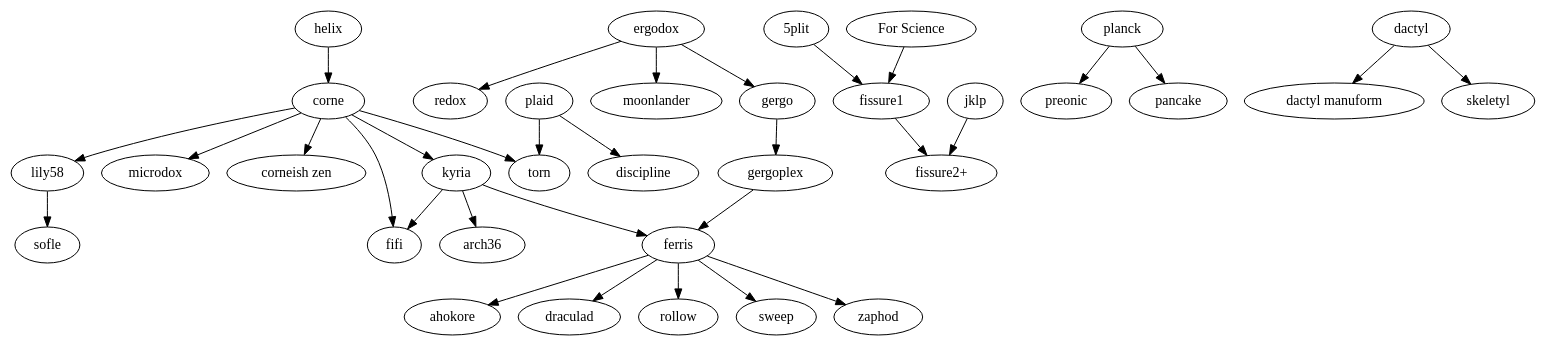
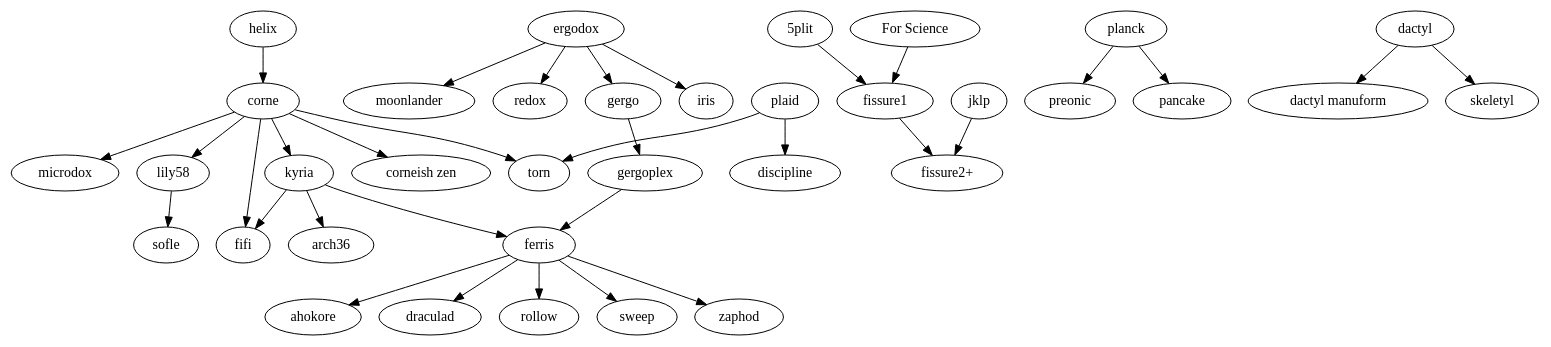
Before and after one commit to petejohanson/mk-family-tree: the diagram in tree.gv, drawn with Graphviz.

Commit message:
Add Iris.

```diff
--- a/tree.gv
+++ b/tree.gv
@@ -1,62 +1,63 @@
 digraph T {
   subgraph splits {
     helix -> corne;
 
     corne -> {
       "corneish zen",
       fifi,
       kyria,
       lily58,
       microdox,
       torn
     };
 
     lily58 -> sofle;
 
     kyria -> {
         arch36,
         ferris,
         fifi
     };
 
     ergodox -> {
       gergo,
+      iris,
       moonlander,
       redox
     };
 
     gergo -> gergoplex;
     gergoplex -> ferris;
 
     ferris -> {
       ahokore,
       draculad,
       rollow,
       sweep,
       zaphod
     };
 
     "5plit" -> "fissure1";
     "For Science" -> "fissure1";
     fissure1 -> "fissure2+";
     jklp -> "fissure2+";
   }
 
   subgraph ortholinear {
     plaid -> {
       discipline,
       torn
     };
     planck -> {
       preonic,
       pancake
     };
   }
 
   subgraph {
     dactyl -> {
       "dactyl manuform",
       skeletyl
     }
   }
 }
```
